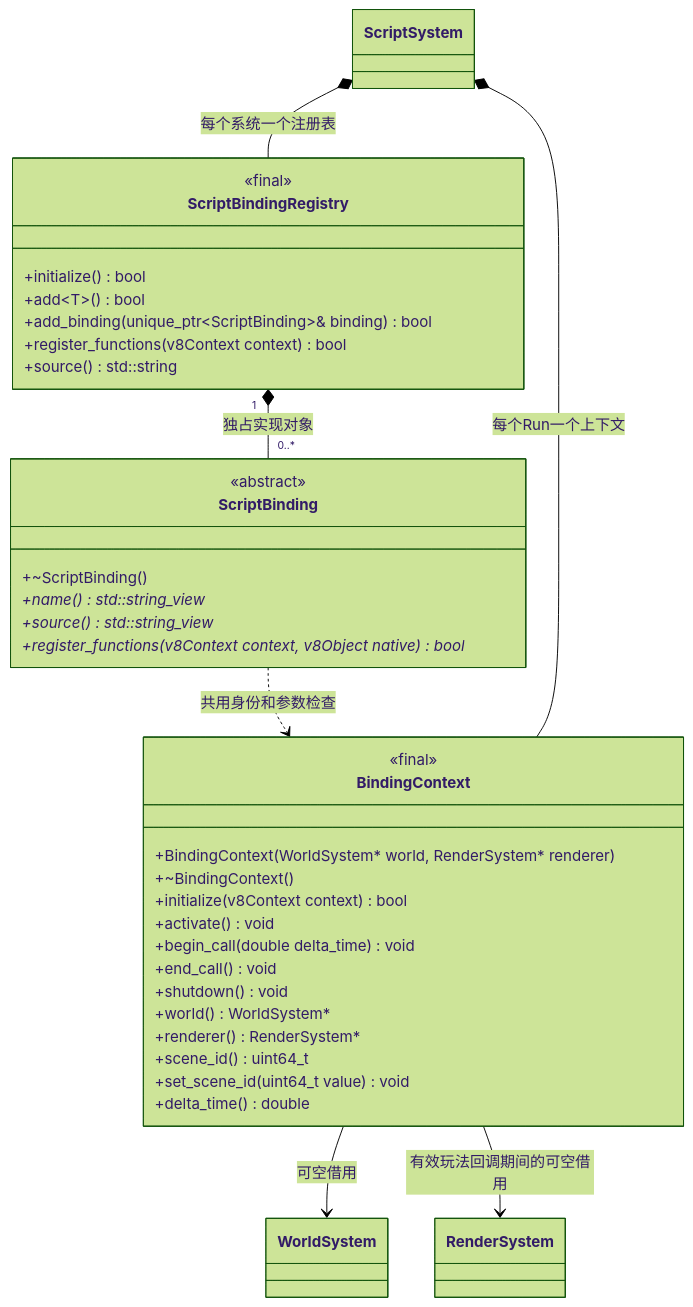
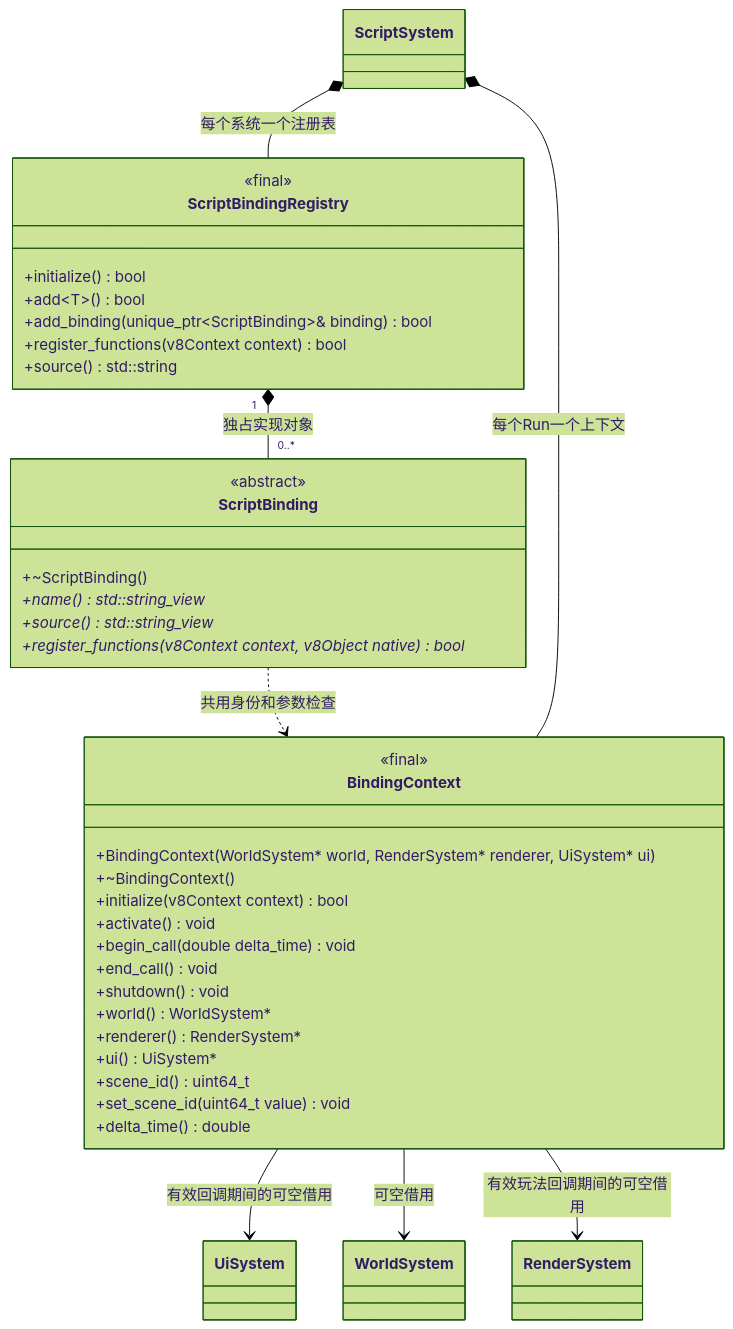
Before and after one commit to lcals/Engine: the first of 4 diagrams in docs/plugins/runtime/class-diagrams/script-bindings.md, drawn with Mermaid (forest theme). The commit also changed other lines of this file and 48 other files, not shown here.

````diff
--- a/docs/plugins/runtime/class-diagrams/script-bindings.md
+++ b/docs/plugins/runtime/class-diagrams/script-bindings.md
@@ -9,43 +9,46 @@
 ```mermaid
 classDiagram
     direction TB
     class ScriptBinding {
         <<abstract>>
         +~ScriptBinding()
         +name() std::string_view*
         +source() std::string_view*
         +register_functions(v8Context context, v8Object native) bool*
     }
     class ScriptBindingRegistry {
         <<final>>
         +initialize() bool
         +add~T~() bool
         +add_binding(unique_ptr~ScriptBinding~& binding) bool
         +register_functions(v8Context context) bool
         +source() std::string
     }
     class BindingContext {
         <<final>>
-        +BindingContext(WorldSystem#42; world, RenderSystem#42; renderer)
+        +BindingContext(WorldSystem#42; world, RenderSystem#42; renderer, UiSystem#42; ui)
         +~BindingContext()
         +initialize(v8Context context) bool
         +activate() void
         +begin_call(double delta_time) void
         +end_call() void
         +shutdown() void
         +world() WorldSystem#42;
         +renderer() RenderSystem#42;
+        +ui() UiSystem#42;
         +scene_id() uint64_t
         +set_scene_id(uint64_t value) void
         +delta_time() double
     }
     class ScriptSystem
     class WorldSystem
     class RenderSystem
+    class UiSystem
     ScriptBindingRegistry "1" *-- "0..*" ScriptBinding : 独占实现对象
     ScriptBinding ..> BindingContext : 共用身份和参数检查
     ScriptSystem *-- ScriptBindingRegistry : 每个系统一个注册表
     ScriptSystem *-- BindingContext : 每个Run一个上下文
+    BindingContext --> UiSystem : 有效回调期间的可空借用
     BindingContext --> WorldSystem : 可空借用
     BindingContext --> RenderSystem : 有效玩法回调期间的可空借用
 ```
````
